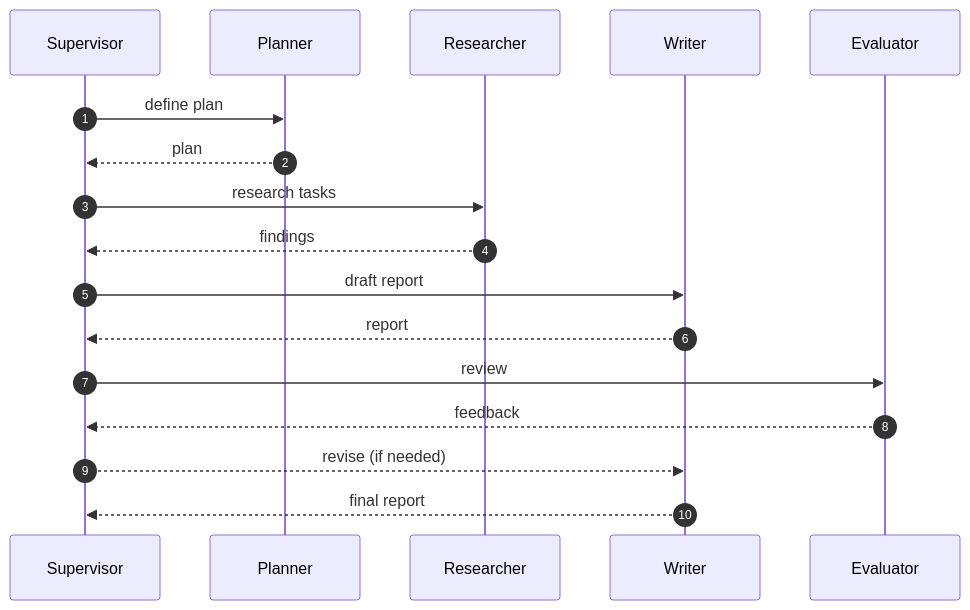
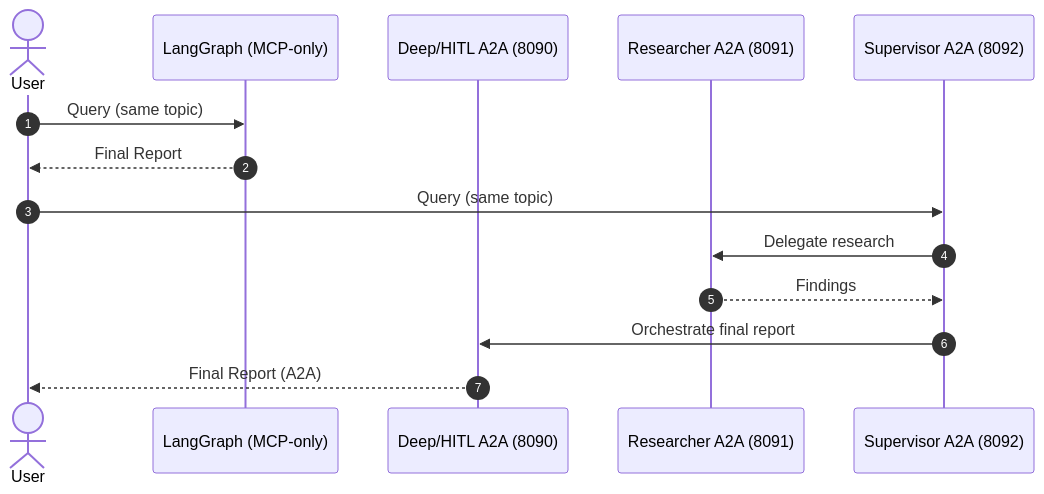
Before and after one commit to HyunjunJeon/FastCampus_MCP_A2A_Basic: the diagram in docs/diagrams/step3_sequence.md, drawn with Mermaid. The commit also changed 11 other files, not shown here.

Commit message:
docs: 단계별 구현 가이드 및 다이어그램 업데이트 - agentic_code_guide.md 추가 및 포트 정보 수정

````diff
--- a/docs/diagrams/step3_sequence.md
+++ b/docs/diagrams/step3_sequence.md
@@ -5,20 +5,18 @@
 ```mermaid
 sequenceDiagram
     autonumber
-    participant Sup as Supervisor
-    participant Plan as Planner
-    participant Res as Researcher
-    participant W as Writer
-    participant E as Evaluator
+    actor U as User
+    participant LG as LangGraph (MCP-only)
+    participant A2AD as Deep/HITL A2A (8090)
+    participant A2AR as Researcher A2A (8091)
+    participant A2AS as Supervisor A2A (8092)
 
-    Sup->>Plan: define plan
-    Plan-->>Sup: plan
-    Sup->>Res: research tasks
-    Res-->>Sup: findings
-    Sup->>W: draft report
-    W-->>Sup: report
-    Sup->>E: review
-    E-->>Sup: feedback
-    Sup-->>W: revise (if needed)
-    W-->>Sup: final report
+    U->>LG: Query (same topic)
+    LG-->>U: Final Report
+
+    U->>A2AS: Query (same topic)
+    A2AS->>A2AR: Delegate research
+    A2AR-->>A2AS: Findings
+    A2AS->>A2AD: Orchestrate final report
+    A2AD-->>U: Final Report (A2A)
 ```
````
